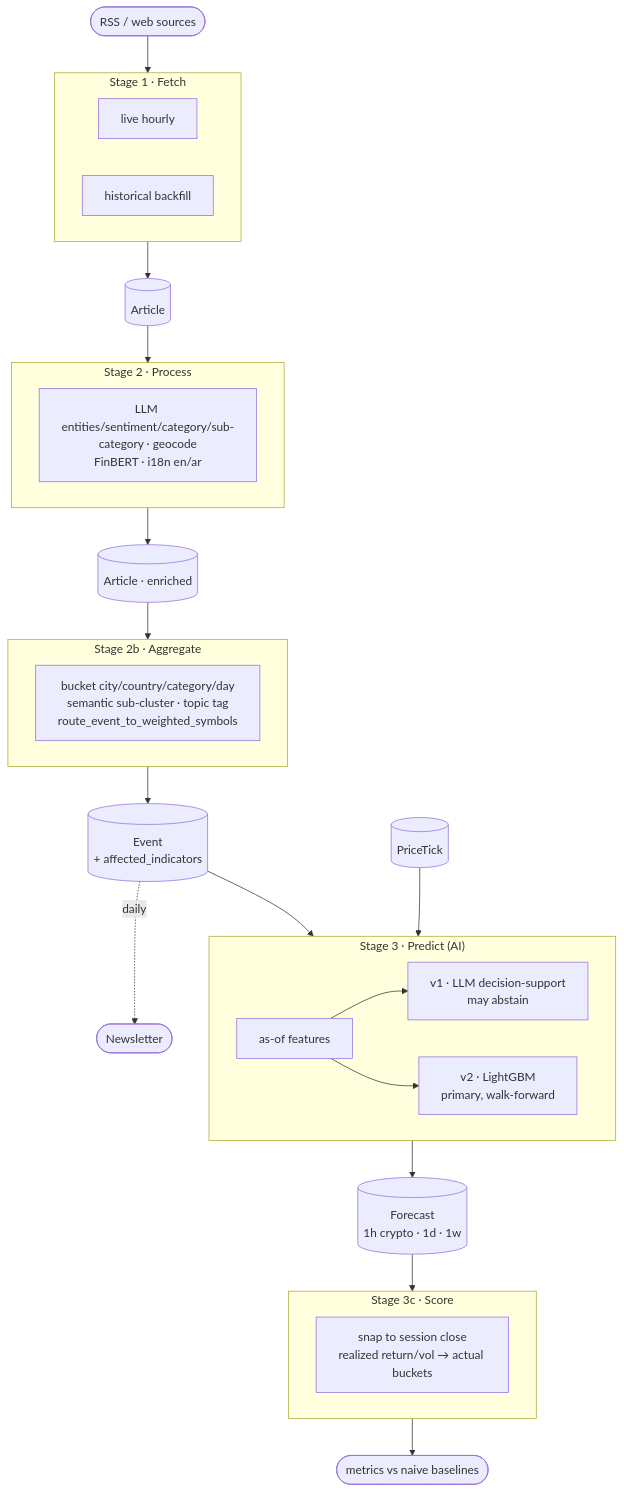
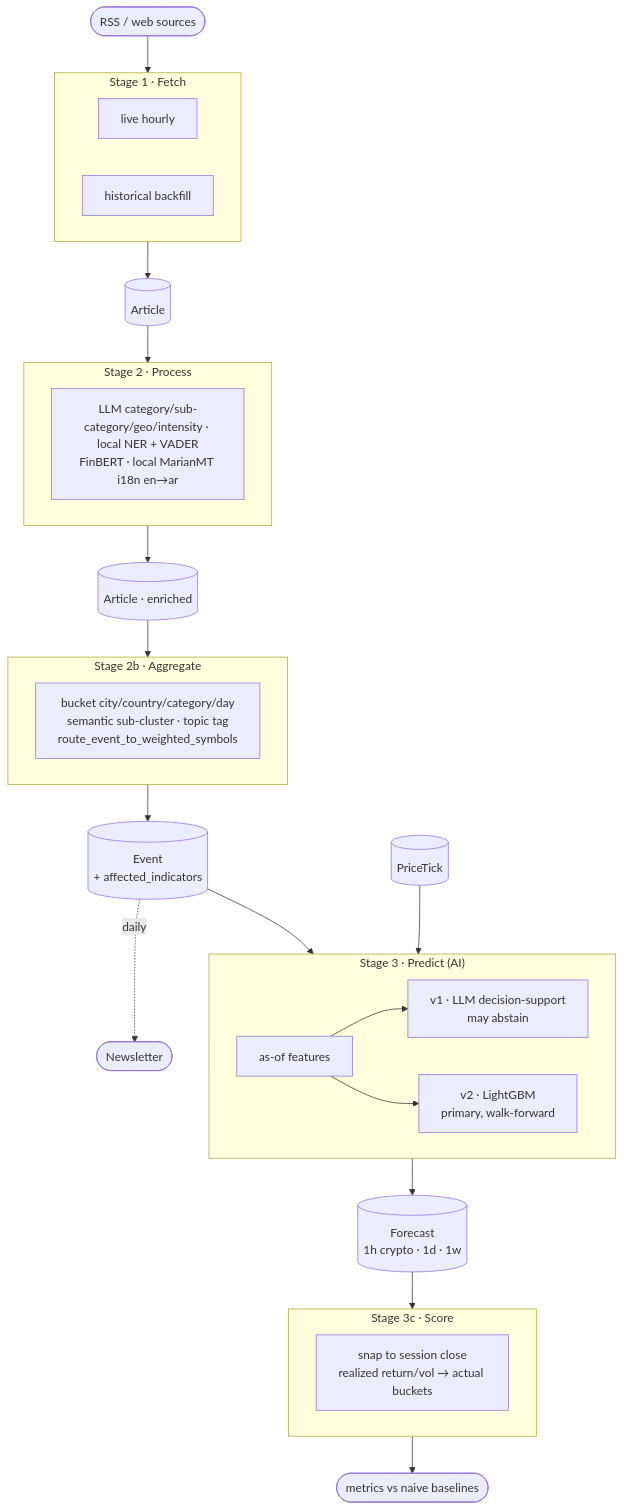
One commit to jameelhamdan/event-horizon changed the diagram in docs/README.md. Above: the diagram before and after it, drawn with Mermaid. The commit also changed other lines of this file and 37 other files, not shown here.

````diff
--- a/docs/README.md
+++ b/docs/README.md
@@ -24,38 +24,38 @@
 ```mermaid
 flowchart TD
     SRC([RSS / web sources]) --> S1
 
     subgraph S1["Stage 1 · Fetch"]
         direction LR
         LIVE[live hourly] & BACK[historical backfill]
     end
     S1 --> ART[(Article)]
 
     ART --> S2
     subgraph S2["Stage 2 · Process"]
-        NLP[LLM entities/sentiment/category/sub-category · geocode<br/>FinBERT · i18n en/ar]
+        NLP[LLM category/sub-category/geo/intensity · local NER + VADER<br/>FinBERT · local MarianMT i18n en→ar]
     end
     S2 --> ARTE[(Article · enriched)]
 
     ARTE --> S2B
     subgraph S2B["Stage 2b · Aggregate"]
         AGG[bucket city/country/category/day<br/>semantic sub-cluster · topic tag<br/>route_event_to_weighted_symbols]
     end
     S2B --> EVT[(Event<br/>+ affected_indicators)]
 
     EVT --> S3
     TICKS[(PriceTick)] --> S3
     subgraph S3["Stage 3 · Predict (AI)"]
         FEAT[as-of features] --> V1[v1 · LLM decision-support<br/>may abstain]
         FEAT --> V2[v2 · LightGBM<br/>primary, walk-forward]
     end
     S3 --> FC[(Forecast<br/>1h crypto · 1d · 1w)]
 
     FC --> S3C
     subgraph S3C["Stage 3c · Score"]
         SCORE[snap to session close<br/>realized return/vol → actual buckets]
     end
     S3C --> MET([metrics vs naive baselines])
 
     EVT -.daily.-> NL([Newsletter])
 ```
````
